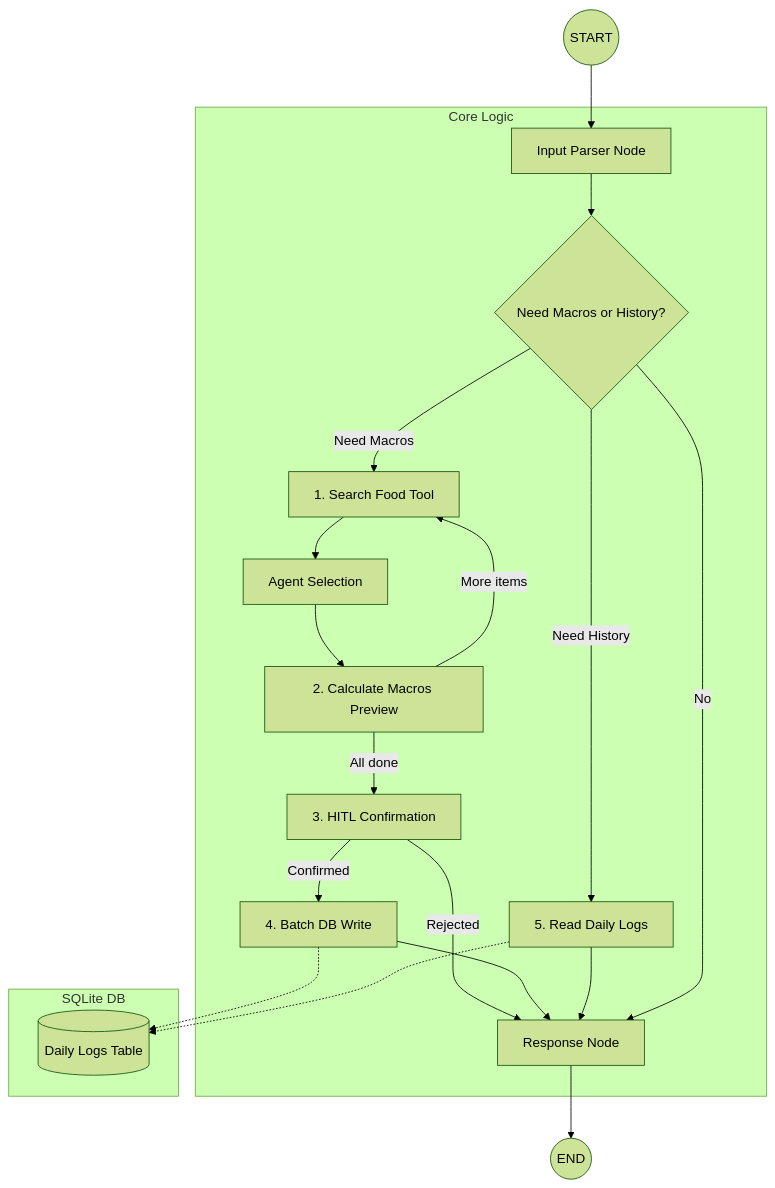
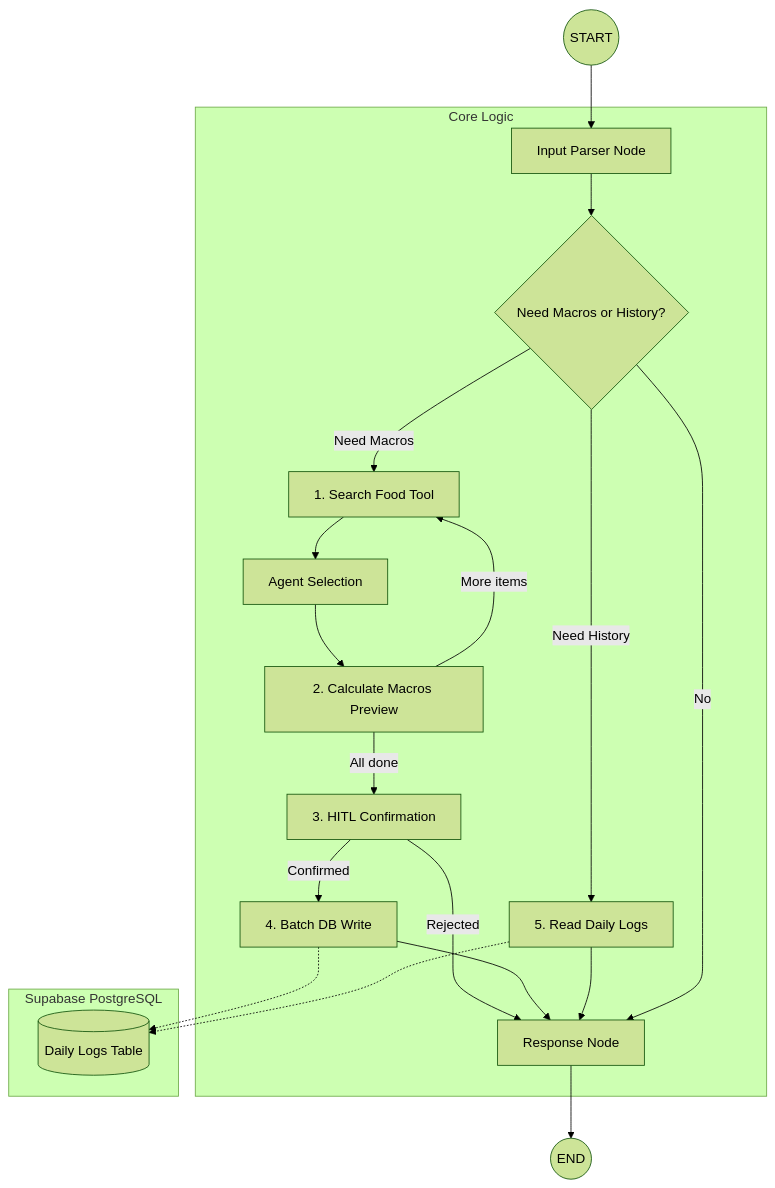
The diagram in PRD.md (sandrusidoltst-a11y/fit_pal), drawn with Mermaid (forest theme) before and after one commit. The commit also changed other lines of this file and 1 other file, not shown here.

Commit message:
chore: update project documentation to reflect migration from SQLite to Supabase PostgreSQL and user ID scoping

````diff
--- a/PRD.md
+++ b/PRD.md
@@ -47,32 +47,32 @@
 ```mermaid
 flowchart TD
     START((START)) --> InputNode[Input Parser Node]
 
     subgraph Core_Logic [Core Logic]
         InputNode --> ToolCall{Need Macros or History?}
 
         ToolCall -- Need Macros --> SearchTool[1. Search Food Tool]
         SearchTool --> SelectNode[Agent Selection]
         SelectNode --> CalcMacros[2. Calculate Macros Preview]
         CalcMacros -- More items --> SearchTool
         CalcMacros -- All done --> Confirm[3. HITL Confirmation]
         Confirm -- Confirmed --> Commit[4. Batch DB Write]
         Confirm -- Rejected --> ResponseNode
 
         ToolCall -- Need History --> ReadLog[5. Read Daily Logs]
 
         Commit --> ResponseNode
         ReadLog --> ResponseNode
 
         ToolCall -- No --> ResponseNode
     end
 
     ResponseNode[Response Node] --> END((END))
 
-    subgraph Database [SQLite DB]
+    subgraph Database [Supabase PostgreSQL]
         DailyLogsTable[(Daily Logs Table)]
     end
 
     Commit -.-> DailyLogsTable
     ReadLog -.-> DailyLogsTable
 ```
````
